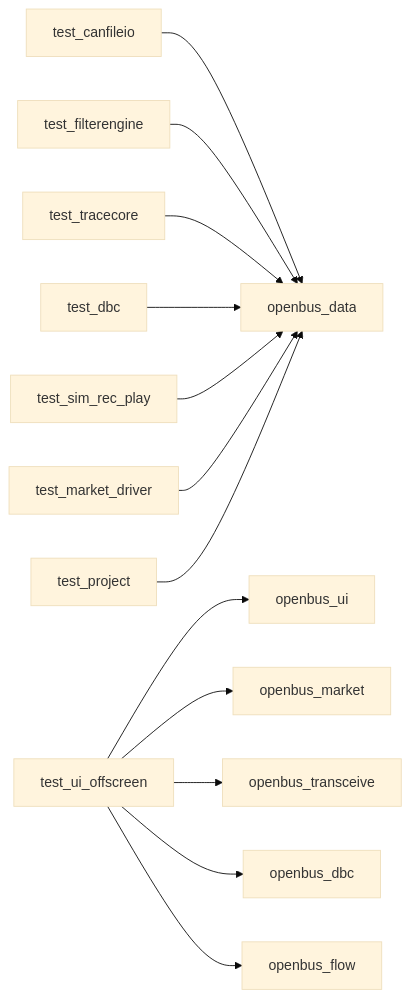
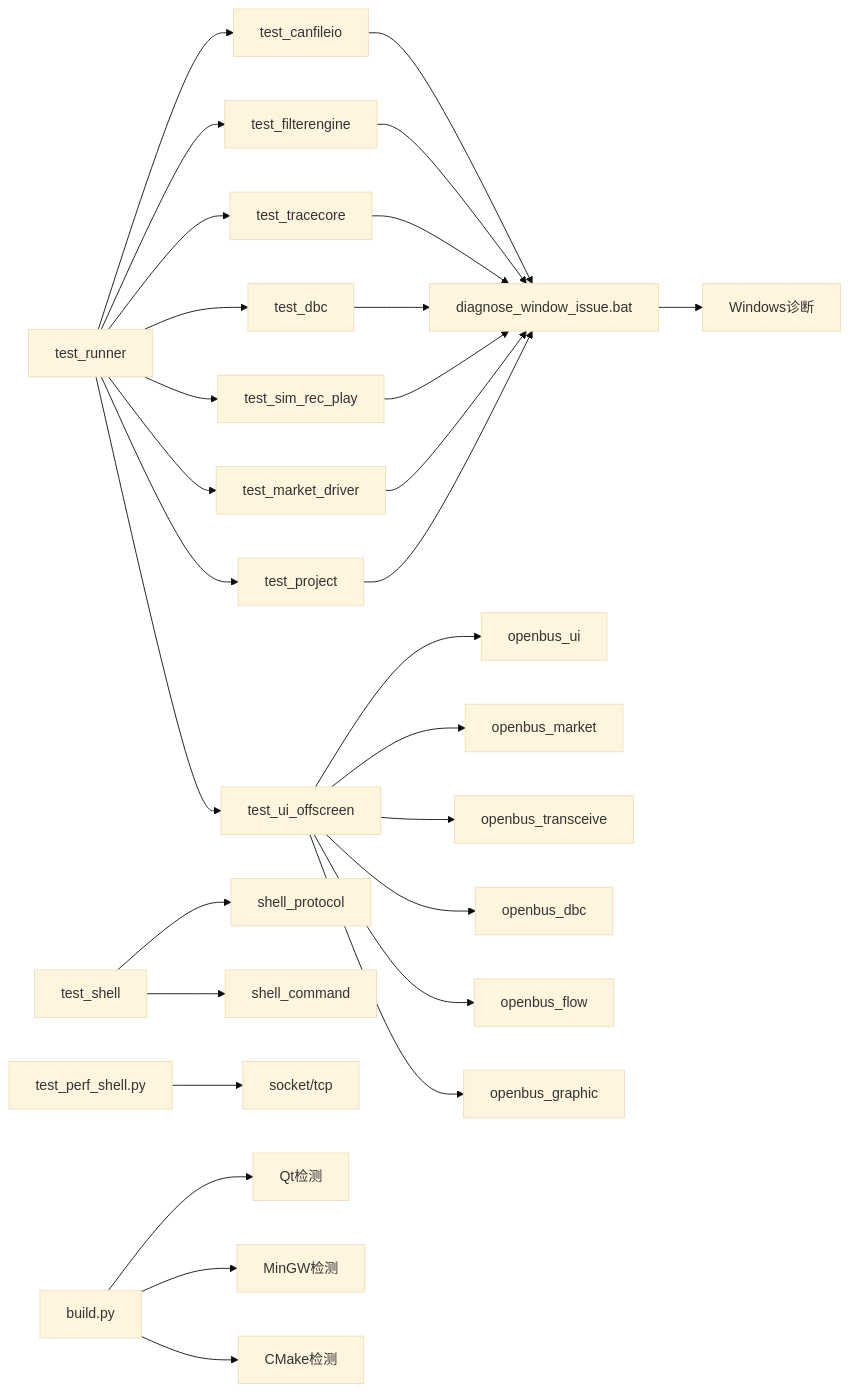
Diagram 12 of 12 in .qoder/repowiki/zh/content/开发指南/自动化测试框架.md (jakecai1225-design/OpenBus), drawn with Mermaid (base theme) before and after one commit. The commit also changed other lines of this file and 58 other files, not shown here.

````diff
--- a/.qoder/repowiki/zh/content/开发指南/自动化测试框架.md
+++ b/.qoder/repowiki/zh/content/开发指南/自动化测试框架.md
@@ -270,15 +444,31 @@
 ```mermaid
 graph LR
 T1["test_canfileio"] --> D["openbus_data"]
 T2["test_filterengine"] --> D
 T3["test_tracecore"] --> D
 T4["test_dbc"] --> D
 T5["test_sim_rec_play"] --> D
 T6["test_market_driver"] --> D
 T7["test_project"] --> D
 U["test_ui_offscreen"] --> UI["openbus_ui"]
 U --> M["openbus_market"]
 U --> TR["openbus_transceive"]
 U --> DB["openbus_dbc"]
 U --> FL["openbus_flow"]
+U --> GR["openbus_graphic"]
+S["test_shell"] --> SH["shell_protocol"]
+S --> SC["shell_command"]
+P["test_perf_shell.py"] --> NET["socket/tcp"]
+R["test_runner"] --> T1
+R --> T2
+R --> T3
+R --> T4
+R --> T5
+R --> T6
+R --> T7
+R --> U
+B["build.py"] --> QT["Qt检测"]
+B --> MG["MinGW检测"]
+B --> CM["CMake检测"]
+D["diagnose_window_issue.bat"] --> WIN["Windows诊断"]
 ```
````
